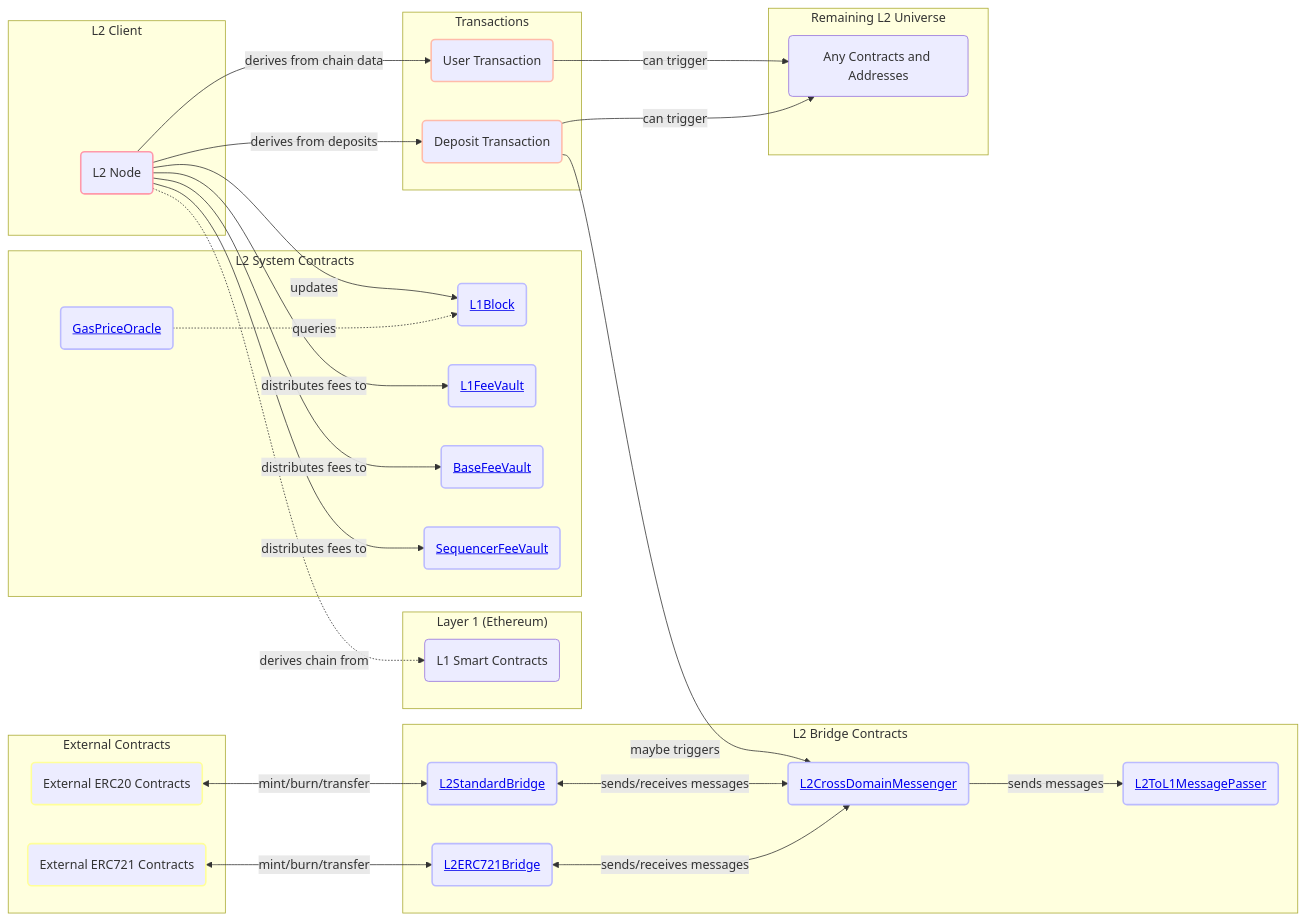
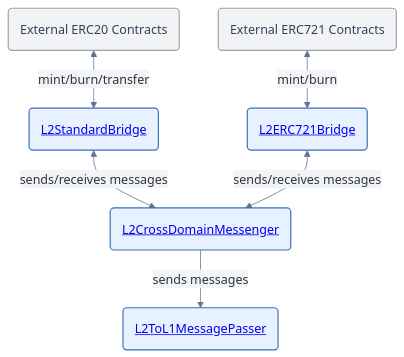
Before and after one commit to ethereum-optimism/specs: the fourth of 7 diagrams in specs/protocol/overview.md, drawn with Mermaid. The commit also changed other lines of this file, not shown here.

First line of the commit message:
Refresh the smart contract architecture overview (#946)

````diff
--- a/specs/protocol/overview.md
+++ b/specs/protocol/overview.md
@@ -165,70 +185,21 @@
 ```mermaid
-graph LR
-    subgraph "Layer 1 (Ethereum)"
-        L1SmartContracts(L1 Smart Contracts)
-    end
-
-    subgraph "L2 Client"
-        L2Node(L2 Node)
-    end
-
-    subgraph "L2 System Contracts"
-        L1Block(<a href="./predeploys.html#l1block">L1Block</a>)
-        GasPriceOracle(<a href="./predeploys.html#gaspriceoracle">GasPriceOracle</a>)
-        L1FeeVault(<a href="./predeploys.html#l1feevault">L1FeeVault</a>)
-        BaseFeeVault(<a href="./predeploys.html#basefeevault">BaseFeeVault</a>)
-        SequencerFeeVault(<a href="./predeploys.html#sequencerfeevault">SequencerFeeVault</a>)
-    end
-
-    subgraph "L2 Bridge Contracts"
-        L2CrossDomainMessenger(<a href="./predeploys.html#l2crossdomainmessenger">L2CrossDomainMessenger</a>)
-        L2ToL1MessagePasser(<a href="./predeploys.html#l2tol1messagepasser">L2ToL1MessagePasser</a>)
-        L2StandardBridge(<a href="./predeploys.html#l2standardbridge">L2StandardBridge</a>)
-        L2ERC721Bridge(<a href="./predeploys.html">L2ERC721Bridge</a>)
-    end
-
-    subgraph "Transactions"
-        DepositTransaction(Deposit Transaction)
-        UserTransaction(User Transaction)
-    end
-
-    subgraph "External Contracts"
-        ExternalERC20(External ERC20 Contracts)
-        ExternalERC721(External ERC721 Contracts)
-    end
-
-    subgraph "Remaining L2 Universe"
-        OtherContracts(Any Contracts and Addresses)
-    end
-
-    L2Node -.->|derives chain from| L1SmartContracts
-    L2Node -->|updates| L1Block
-    L2Node -->|distributes fees to| L1FeeVault
-    L2Node -->|distributes fees to| BaseFeeVault
-    L2Node -->|distributes fees to| SequencerFeeVault
-    L2Node -->|derives from deposits| DepositTransaction
-    L2Node -->|derives from chain data| UserTransaction
-
-    UserTransaction -->|can trigger| OtherContracts
-    DepositTransaction -->|maybe triggers| L2CrossDomainMessenger
-    DepositTransaction -->|can trigger| OtherContracts
+%%{init: {"theme": "base", "themeVariables": {"lineColor": "#64748b", "edgeLabelBackground": "#f1f5f9"}, "themeCSS": ".nodeLabel a { color: inherit !important; }"}}%%
+graph TB
+    ExternalERC20(External ERC20 Contracts)
+    ExternalERC721(External ERC721 Contracts)
+    L2StandardBridge(<a href="./predeploys.html#l2standardbridge">L2StandardBridge</a>)
+    L2ERC721Bridge(<a href="./predeploys.html">L2ERC721Bridge</a>)
+    L2CrossDomainMessenger(<a href="./predeploys.html#l2crossdomainmessenger">L2CrossDomainMessenger</a>)
+    L2ToL1MessagePasser(<a href="./predeploys.html#l2tol1messagepasser">L2ToL1MessagePasser</a>)
 
     ExternalERC20 <-->|mint/burn/transfer| L2StandardBridge
-    ExternalERC721 <-->|mint/burn/transfer| L2ERC721Bridge
-
+    ExternalERC721 <-->|mint/burn| L2ERC721Bridge
     L2StandardBridge <-->|sends/receives messages| L2CrossDomainMessenger
     L2ERC721Bridge <-->|sends/receives messages| L2CrossDomainMessenger
-    GasPriceOracle -.->|queries| L1Block
     L2CrossDomainMessenger -->|sends messages| L2ToL1MessagePasser
 
-    classDef extContracts stroke:#ff9,stroke-width:2px;
-    classDef l2Contracts stroke:#bbf,stroke-width:2px;
-    classDef transactions stroke:#fba,stroke-width:2px;
-    classDef l2Node stroke:#f9a,stroke-width:2px;
-
-    class ExternalERC20,ExternalERC721 extContracts;
-    class L2CrossDomainMessenger,L2ToL1MessagePasser,L2StandardBridge,L2ERC721Bridge l2Contracts;
-    class L1Block,L1FeeVault,BaseFeeVault,SequencerFeeVault,GasPriceOracle l2Contracts;
-    class UserTransaction,DepositTransaction transactions;
-    class L2Node l2Node;
+    classDef proxy fill:#e8f1ff,stroke:#3971b8,color:#17375e,stroke-width:1.5px;
+    classDef other fill:#f1f3f5,stroke:#98a2b3,color:#344054,stroke-width:1.5px;
+    class L2StandardBridge,L2ERC721Bridge,L2CrossDomainMessenger,L2ToL1MessagePasser proxy;
+    class ExternalERC20,ExternalERC721 other;
 ```
````
